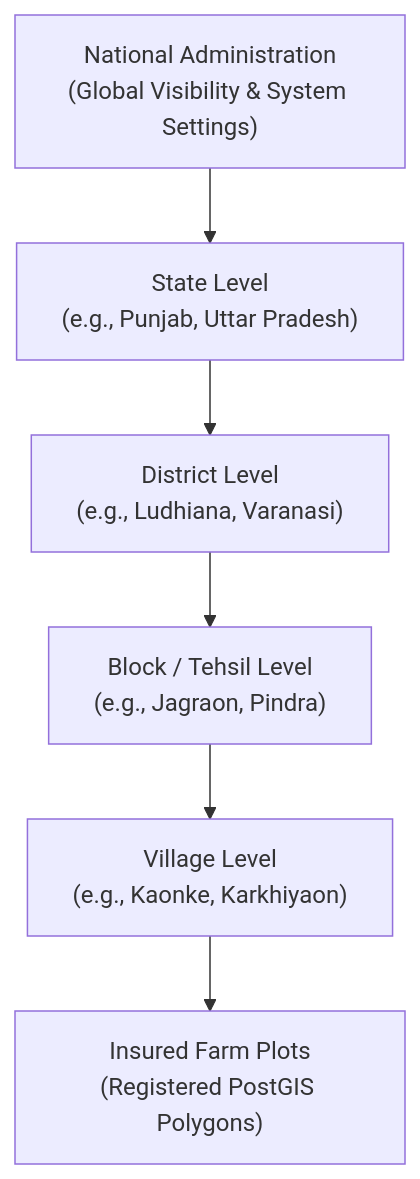
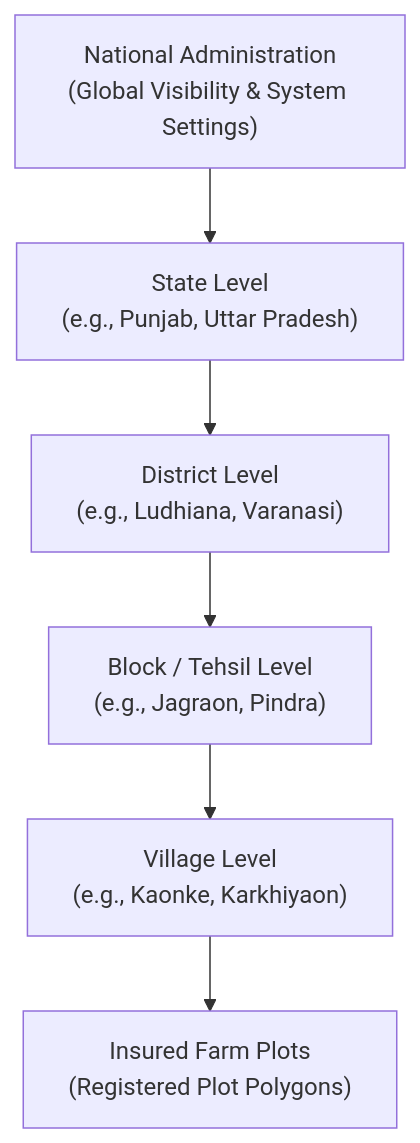
Before and after one commit to dhrrishitvdeka/Fasal-Pramaan: the fourth of 4 diagrams in docs/architecture.md, drawn with Mermaid. The commit also changed other lines of this file and 924 other files, not shown here.

````diff
--- a/docs/architecture.md
+++ b/docs/architecture.md
@@ -161,16 +279,16 @@
 ```mermaid
 flowchart TD
   National["National Administration\n(Global Visibility & System Settings)"]
   State["State Level\n(e.g., Punjab, Uttar Pradesh)"]
   District["District Level\n(e.g., Ludhiana, Varanasi)"]
   Block["Block / Tehsil Level\n(e.g., Jagraon, Pindra)"]
   Village["Village Level\n(e.g., Kaonke, Karkhiyaon)"]
   
-  FarmPlot["Insured Farm Plots\n(Registered PostGIS Polygons)"]
+  FarmPlot["Insured Farm Plots\n(Registered Plot Polygons)"]
 
   National --> State
   State --> District
   District --> Block
   Block --> Village
   Village --> FarmPlot
 ```
````
